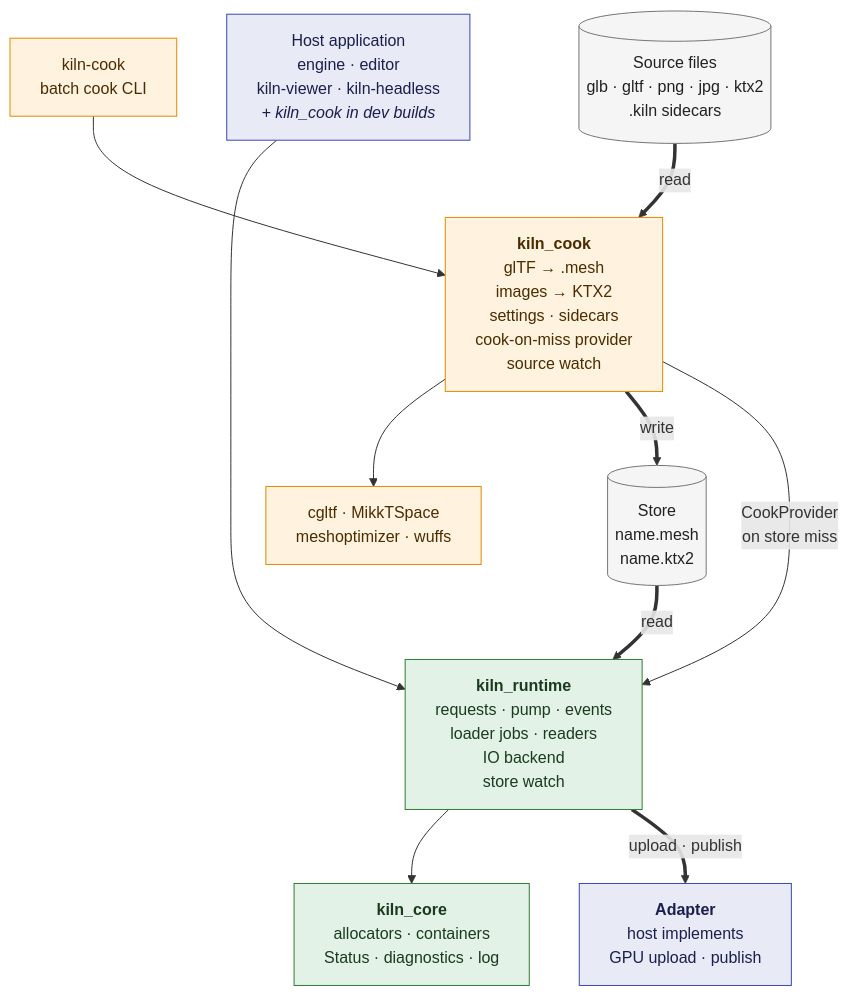
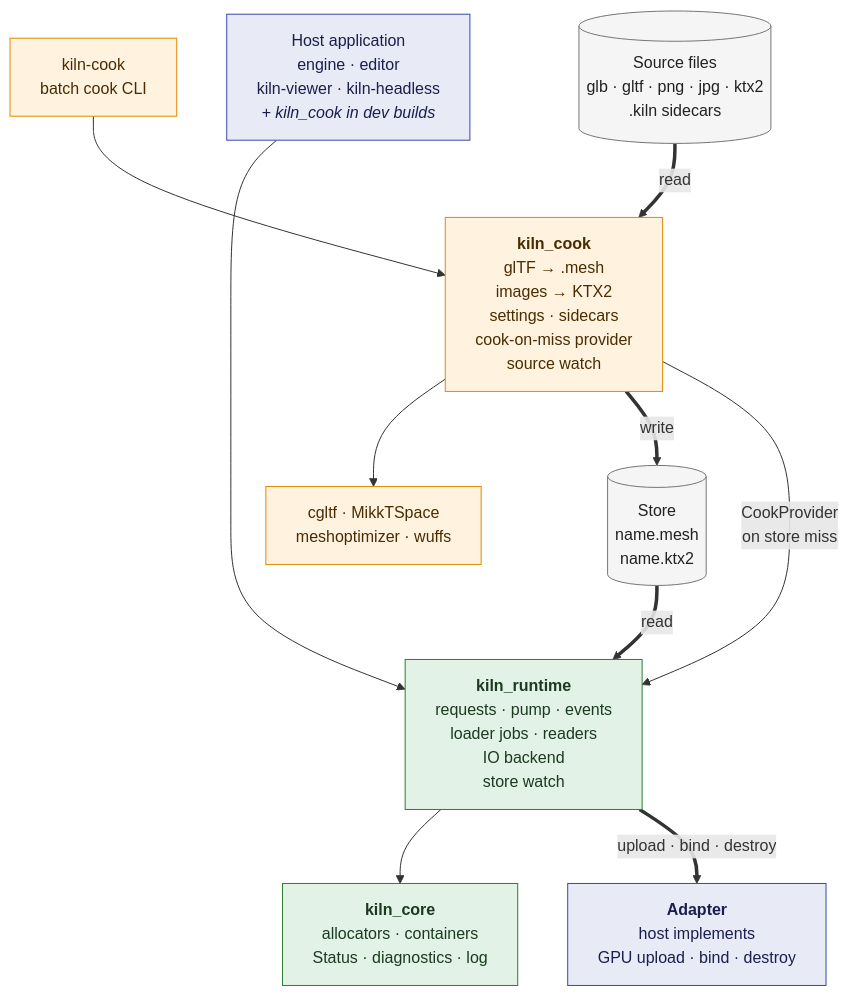
One commit to sigman78/Kiln changed the first of 3 diagrams in docs/design/architecture.md. Above: the diagram before and after it, drawn with Mermaid. The commit also changed other lines of this file and 41 other files, not shown here.

First line of the commit message:
runtime: host frames, Adapter::destroy and kiln-owned bindless slots

````diff
--- a/docs/design/architecture.md
+++ b/docs/design/architecture.md
@@ -13,36 +13,36 @@
 ```mermaid
 flowchart TB
     cli["kiln-cook<br/>batch cook CLI"]
     sources[("Source files<br/>glb · gltf · png · jpg · ktx2<br/>.kiln sidecars")]
     app["Host application<br/>engine · editor<br/>kiln-viewer · kiln-headless<br/><i>+ kiln_cook in dev builds</i>"]
 
     cook["<b>kiln_cook</b><br/>glTF → .mesh<br/>images → KTX2<br/>settings · sidecars<br/>cook-on-miss provider<br/>source watch"]
     third["cgltf · MikkTSpace<br/>meshoptimizer · wuffs"]
 
     store[("Store<br/>name.mesh<br/>name.ktx2")]
 
     runtime["<b>kiln_runtime</b><br/>requests · pump · events<br/>loader jobs · readers<br/>IO backend<br/>store watch"]
 
     core["<b>kiln_core</b><br/>allocators · containers<br/>Status · diagnostics · log"]
-    adapter["<b>Adapter</b><br/>host implements<br/>GPU upload · publish"]
+    adapter["<b>Adapter</b><br/>host implements<br/>GPU upload · bind · destroy"]
 
     cli --> cook
     sources ==>|read| cook
     app --> runtime
     app ~~~ cook
     cook --> third
     cook ==>|write| store
     store ==>|read| runtime
     cook -->|"CookProvider<br/>on store miss"| runtime
     runtime --> core
-    runtime ==>|"upload · publish"| adapter
+    runtime ==>|"upload · bind · destroy"| adapter
 
     classDef ship fill:#e3f2e6,stroke:#2e7d32,color:#1b3a1f
     classDef dev fill:#fff3e0,stroke:#e08a00,color:#4a2c00
     classDef host fill:#e8eaf6,stroke:#3949ab,color:#1a1f4d
     classDef data fill:#f5f5f5,stroke:#757575,color:#212121
     class runtime,core ship
     class cook,third,cli dev
     class app,adapter host
     class sources,store data
 ```
````
